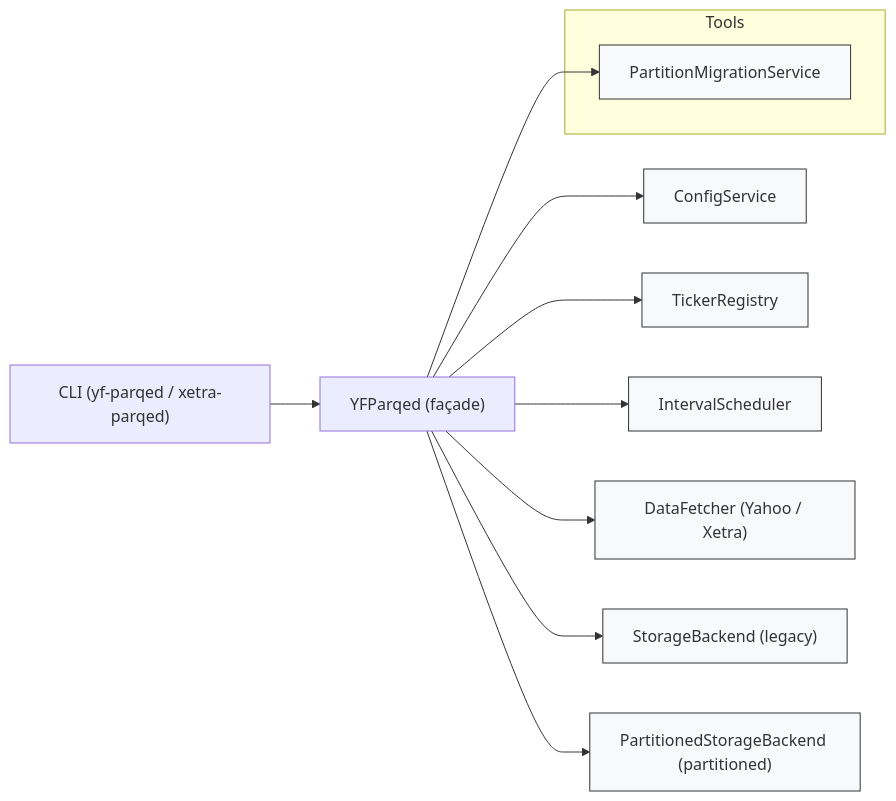
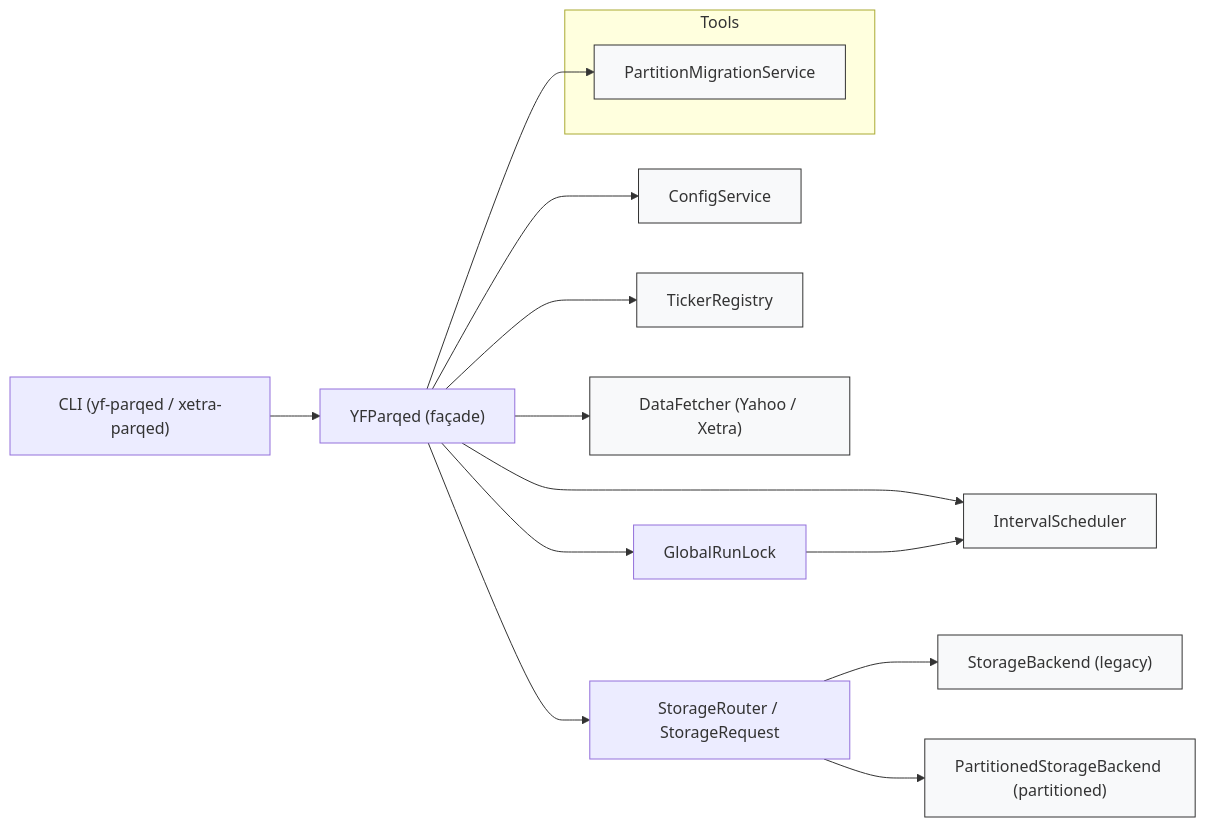
The first of 3 diagrams in .github/ARCHITECTURE.md (SiggiSmara/yf_parqed), drawn with Mermaid before and after one commit. The commit also changed other lines of this file, not shown here.

Commit message:
docs: remove duplicated text and fix structure in architecture doc

````diff
--- a/.github/ARCHITECTURE.md
+++ b/.github/ARCHITECTURE.md
@@ -29,16 +30,19 @@
 ```mermaid
 graph LR
 	CLI["CLI (yf-parqed / xetra-parqed)"] --> Façade["YFParqed (façade)"]
 	Façade --> Config["ConfigService"]
 	Façade --> Registry["TickerRegistry"]
 	Façade --> Scheduler["IntervalScheduler"]
 	Façade --> Fetcher["DataFetcher (Yahoo / Xetra)"]
-	Façade --> StorageLegacy["StorageBackend (legacy)"]
-	Façade --> StoragePart["PartitionedStorageBackend (partitioned)"]
+	Façade --> RunLock["GlobalRunLock"]
+	Façade --> Router["StorageRouter / StorageRequest"]
+	Router --> StorageLegacy["StorageBackend (legacy)"]
+	Router --> StoragePart["PartitionedStorageBackend (partitioned)"]
 	Façade --> Migrator["PartitionMigrationService"]
+	RunLock --> Scheduler
 	subgraph Tools
 		Migrator
 	end
 	classDef infra fill:#f8f9fa,stroke:#333,stroke-width:1px;
 	class Config,Registry,Scheduler,Fetcher,StorageLegacy,StoragePart,Migrator infra;
 ```
````
